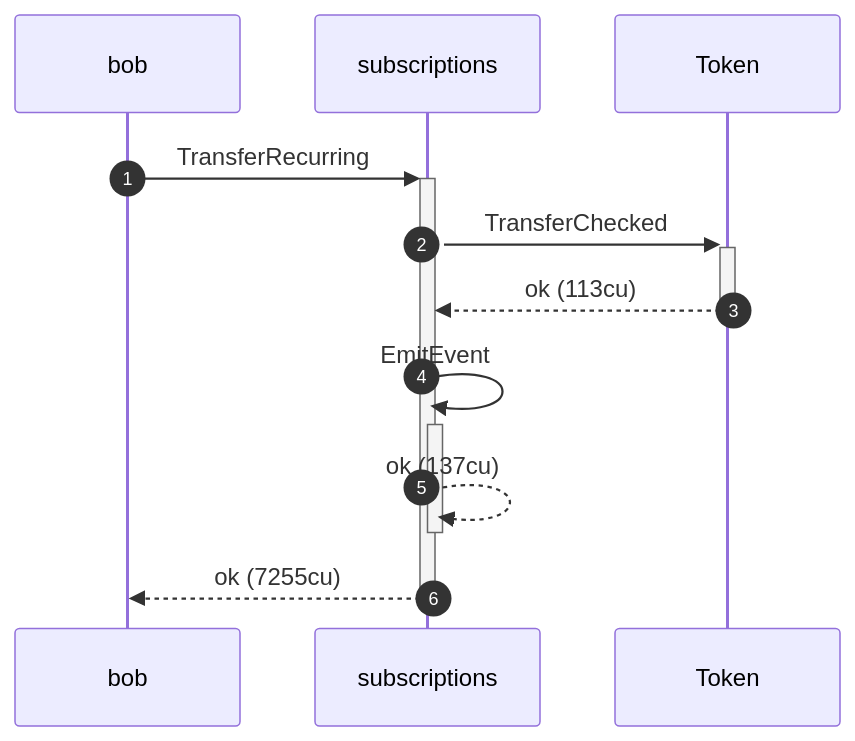
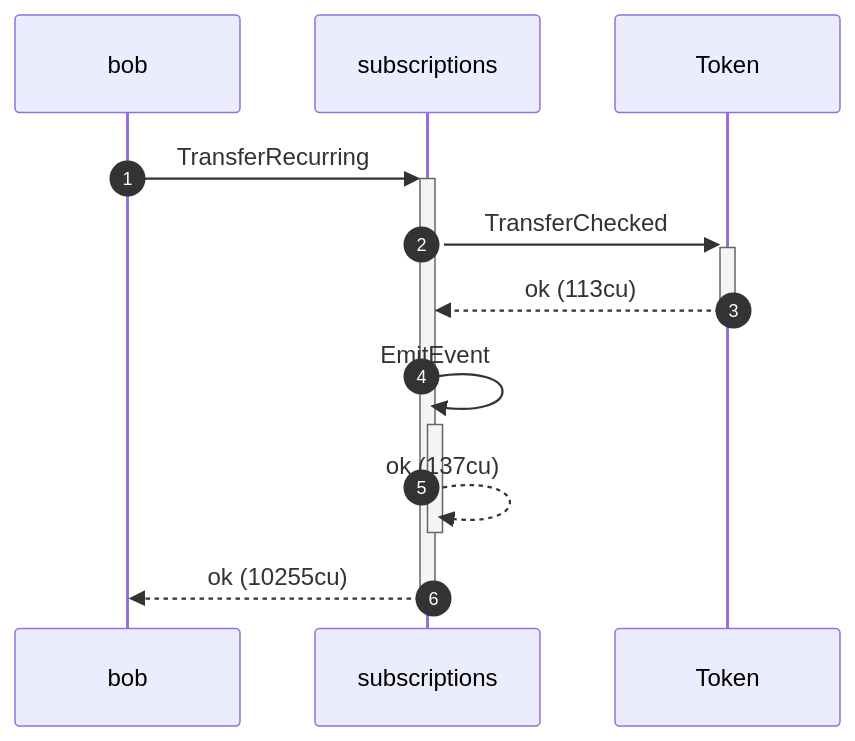
Diagram 14 of 16 in dsl_tests/skipped-periods-do-not-accumulate-allowance.md (cds-rs/subscriptions), drawn with Mermaid before and after one commit. The commit also changed other lines of this file and 224 other files, not shown here.

````diff
--- a/dsl_tests/skipped-periods-do-not-accumulate-allowance.md
+++ b/dsl_tests/skipped-periods-do-not-accumulate-allowance.md
@@ -295,13 +310,13 @@
 ```mermaid
 sequenceDiagram
     autonumber
     participant bob
     participant subscriptions
     participant Token
     bob ->>+ subscriptions: TransferRecurring
     subscriptions ->>+ Token: TransferChecked
     Token -->>- subscriptions: ok (113cu)
     subscriptions ->>+ subscriptions: EmitEvent
     subscriptions -->>- subscriptions: ok (137cu)
-    subscriptions -->>- bob: ok (7255cu)
+    subscriptions -->>- bob: ok (10255cu)
 ```
````
